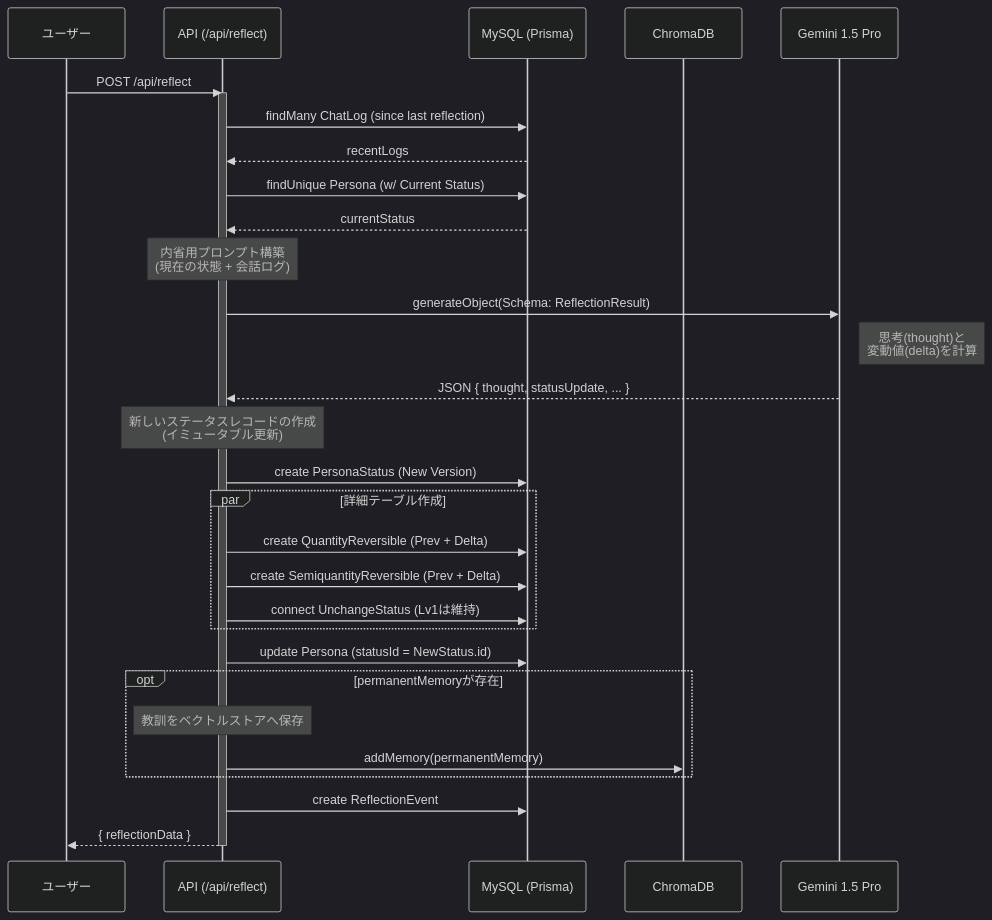
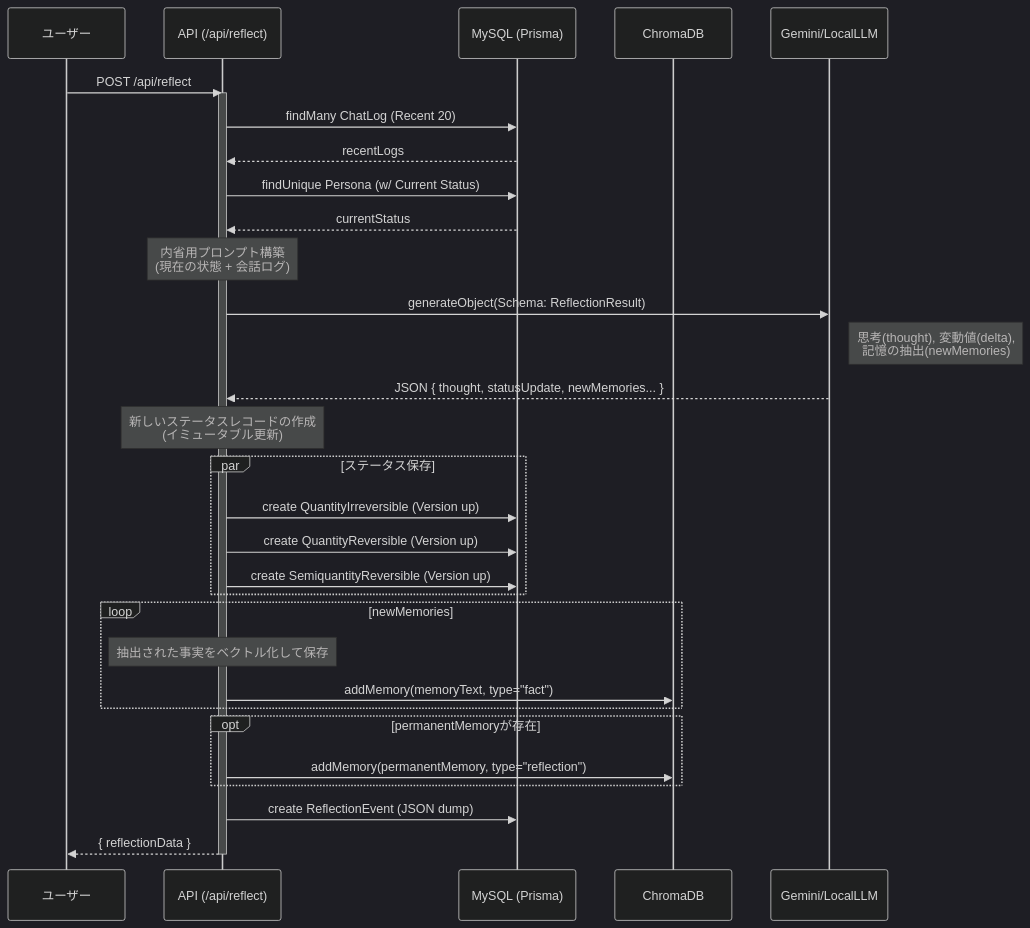
One commit to mshirai0327/self-reflection-chatbot changed the second of 2 diagrams in docs/sequence.md. Above: the diagram before and after it, drawn with Mermaid (dark theme). The commit also changed other lines of this file and 1 other file, not shown here.

First line of the commit message:
feat(reflection): enhance reflection process with memory distillation and updated docs

````diff
--- a/docs/sequence.md
+++ b/docs/sequence.md
@@ -98,47 +95,48 @@
 ```mermaid
 sequenceDiagram
     participant U as ユーザー
     participant API as API (/api/reflect)
     participant DB as MySQL (Prisma)
     participant Vec as ChromaDB
-    participant LLM as Gemini 1.5 Pro
+    participant LLM as Gemini/LocalLLM
 
     U->>API: POST /api/reflect
     activate API
 
     %% 1. データ収集
-    API->>DB: findMany ChatLog (since last reflection)
+    API->>DB: findMany ChatLog (Recent 20)
     DB-->>API: recentLogs
     API->>DB: findUnique Persona (w/ Current Status)
     DB-->>API: currentStatus
 
     %% 2. 推論実行
     Note over API: 内省用プロンプト構築<br/>(現在の状態 + 会話ログ)
     API->>LLM: generateObject(Schema: ReflectionResult)
-    Note right of LLM: 思考(thought)と<br/>変動値(delta)を計算
-    LLM-->>API: JSON { thought, statusUpdate, ... }
+    Note right of LLM: 思考(thought), 変動値(delta),<br/>記憶の抽出(newMemories)
+    LLM-->>API: JSON { thought, statusUpdate, newMemories... }
 
     %% 3. ステータス更新トランザクション
     Note over API: 新しいステータスレコードの作成<br/>(イミュータブル更新)
-    API->>DB: create PersonaStatus (New Version)
     
-    par 詳細テーブル作成
-        API->>DB: create QuantityReversible (Prev + Delta)
-        API->>DB: create SemiquantityReversible (Prev + Delta)
-        API->>DB: connect UnchangeStatus (Lv1は維持)
+    par ステータス保存
+        API->>DB: create QuantityIrreversible (Version up)
+        API->>DB: create QuantityReversible (Version up)
+        API->>DB: create SemiquantityReversible (Version up)
     end
     
-    API->>DB: update Persona (statusId = NewStatus.id)
+    %% 4. 記憶の蒸留と保存
+    loop newMemories
+        Note over API: 抽出された事実をベクトル化して保存
+        API->>Vec: addMemory(memoryText, type="fact")
+    end
 
-    %% 4. 恒久記憶の保存 (ある場合)
     opt permanentMemoryが存在
-        Note over API: 教訓をベクトルストアへ保存
-        API->>Vec: addMemory(permanentMemory)
+        API->>Vec: addMemory(permanentMemory, type="reflection")
     end
 
     %% 5. イベント記録
-    API->>DB: create ReflectionEvent
+    API->>DB: create ReflectionEvent (JSON dump)
 
     API-->>U: { reflectionData }
     deactivate API
 ```
````
